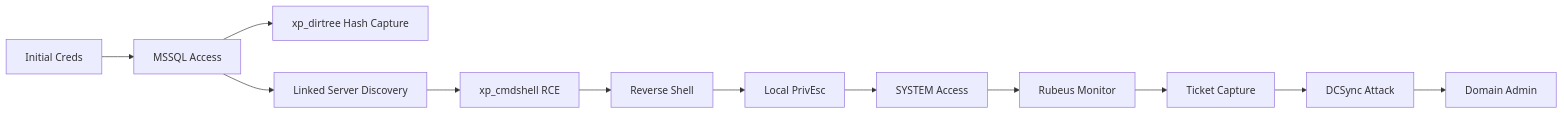
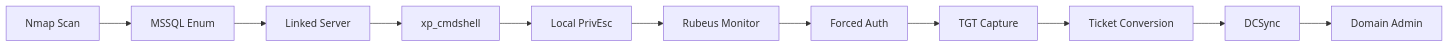
Before and after one commit to YuvalMil/Rootinator: the diagram in _writeups/DarkZero.md, drawn with Mermaid. The commit also changed other lines of this file, not shown here.

````diff
--- a/_writeups/DarkZero.md
+++ b/_writeups/DarkZero.md
@@ -380,14 +328,13 @@
 ```mermaid
 graph LR
-    A[Initial Creds] --> B[MSSQL Access]
-    B --> C[xp_dirtree Hash Capture]
-    B --> D[Linked Server Discovery]
-    D --> E[xp_cmdshell RCE]
-    E --> F[Reverse Shell]
-    F --> G[Local PrivEsc]
-    G --> H[SYSTEM Access]
-    H --> I[Rubeus Monitor]
-    I --> J[Ticket Capture]
-    J --> K[DCSync Attack]
-    K --> L[Domain Admin]
+    A[Nmap Scan] --> B[MSSQL Enum]
+    B --> C[Linked Server]
+    C --> D[xp_cmdshell]
+    D --> E[Local PrivEsc]
+    E --> F[Rubeus Monitor]
+    F --> G[Forced Auth]
+    G --> H[TGT Capture]
+    H --> I[Ticket Conversion]
+    I --> J[DCSync]
+    J --> K[Domain Admin]
 ```
````
